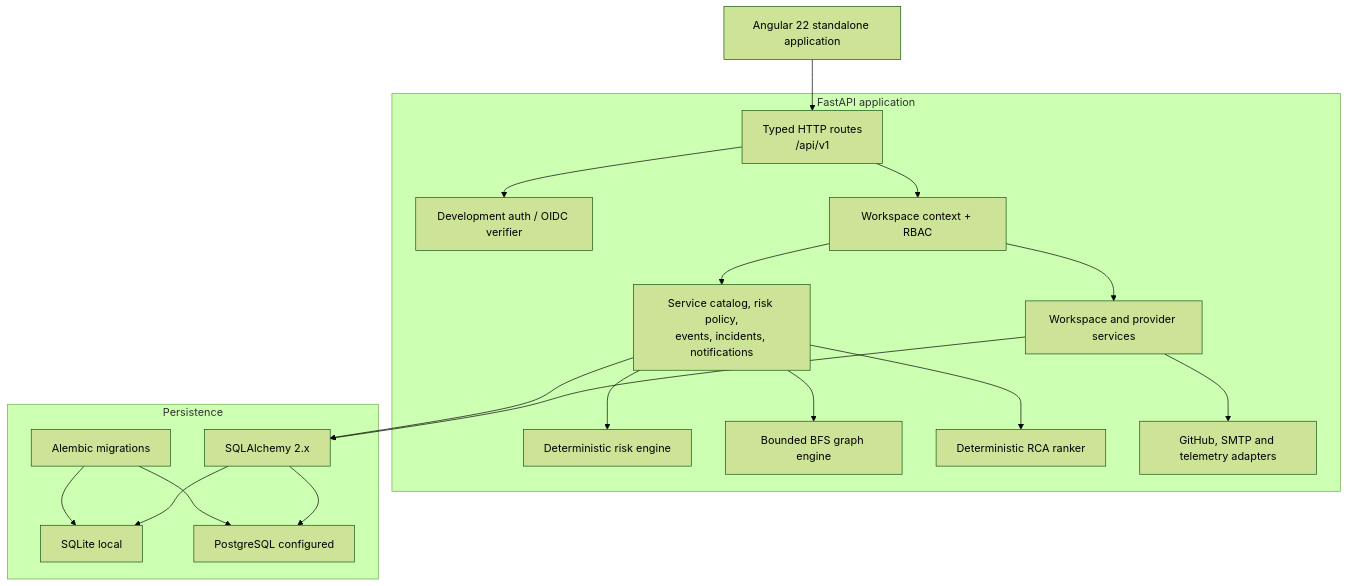
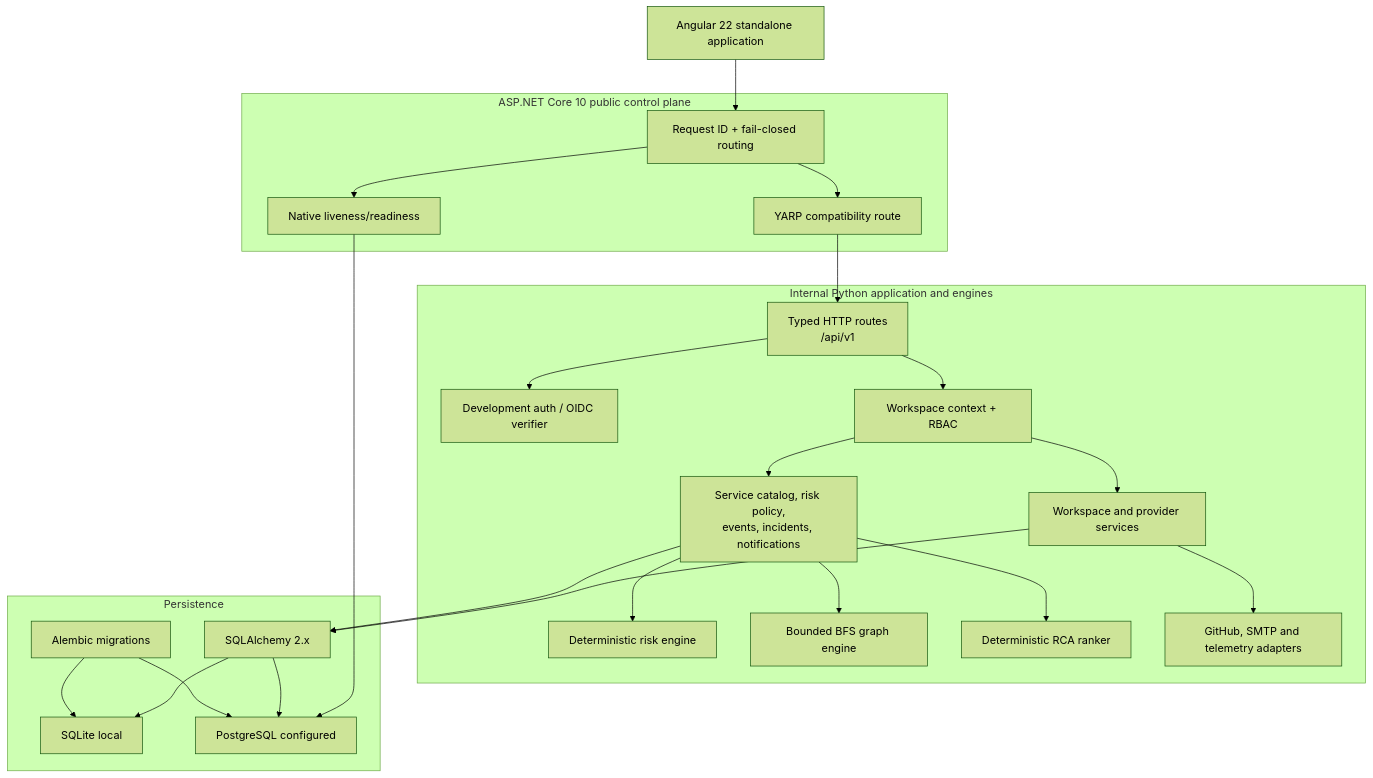
Before and after one commit to kingggg5/deployguardai: the second of 5 diagrams in docs/ARCHITECTURE.md, drawn with Mermaid (forest theme). The commit also changed other lines of this file and 98 other files, not shown here.

First line of the commit message:
feat: ship keyless evidence receipts and .NET control plane (#21)

````diff
--- a/docs/ARCHITECTURE.md
+++ b/docs/ARCHITECTURE.md
@@ -84,39 +85,48 @@
 ```mermaid
 flowchart TB
     Browser["Angular 22 standalone application"]
 
-    subgraph Backend["FastAPI application"]
+    subgraph ControlPlane["ASP.NET Core 10 public control plane"]
+        NativeHealth["Native liveness/readiness"]
+        RequestContext["Request ID + fail-closed routing"]
+        Proxy["YARP compatibility route"]
+    end
+
+    subgraph Backend["Internal Python application and engines"]
         Routes["Typed HTTP routes<br/>/api/v1"]
         Auth["Development auth / OIDC verifier"]
         Tenant["Workspace context + RBAC"]
         Workspace["Workspace and provider services"]
         Operations["Service catalog, risk policy,<br/>events, incidents, notifications"]
         Risk["Deterministic risk engine"]
         Graph["Bounded BFS graph engine"]
         RCA["Deterministic RCA ranker"]
         Adapters["GitHub, SMTP and telemetry adapters"]
     end
 
     subgraph Persistence["Persistence"]
         ORM["SQLAlchemy 2.x"]
         Migration["Alembic migrations"]
         SQLite["SQLite local"]
         Postgres["PostgreSQL configured"]
     end
 
-    Browser --> Routes
+    Browser --> RequestContext
+    RequestContext --> NativeHealth
+    RequestContext --> Proxy --> Routes
+    NativeHealth --> Postgres
     Routes --> Auth
     Routes --> Tenant
     Tenant --> Workspace
     Tenant --> Operations
     Operations --> Risk
     Operations --> Graph
     Operations --> RCA
     Workspace --> Adapters
     Workspace --> ORM
     Operations --> ORM
     ORM --> SQLite
     ORM --> Postgres
     Migration --> SQLite
     Migration --> Postgres
 ```
````
